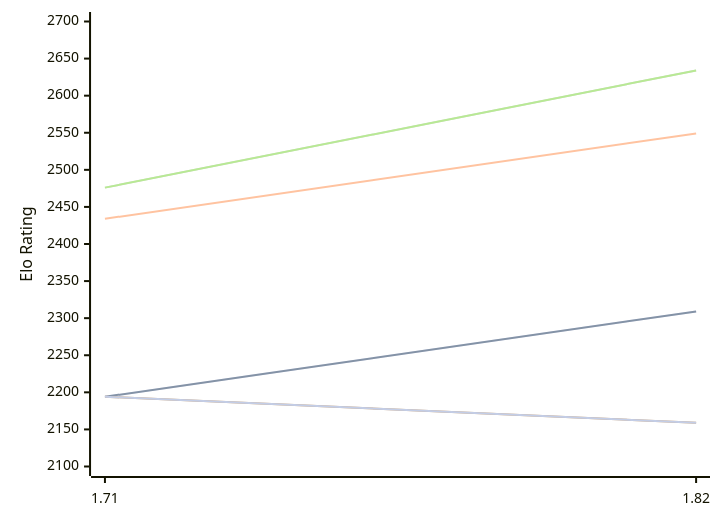
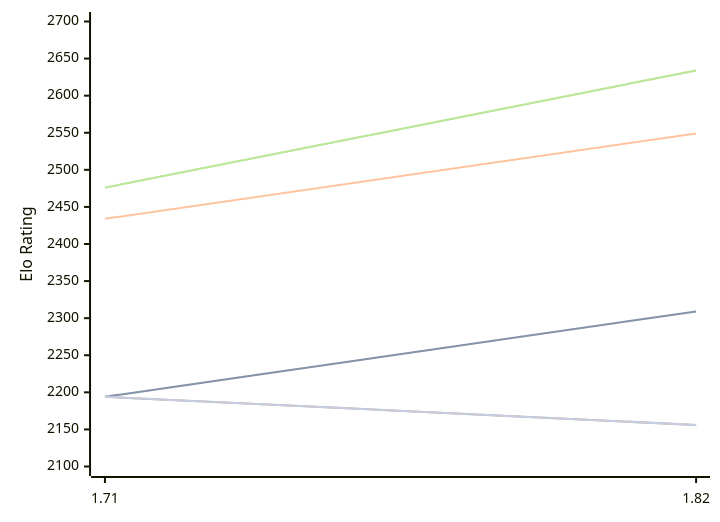
Before and after one commit to computer-chess-index/cci: the diagram in engines/Amira.md, drawn with Mermaid. The commit also changed other lines of this file, not shown here.

````diff
--- a/engines/Amira.md
+++ b/engines/Amira.md
@@ -48,13 +48,13 @@
 ```mermaid
 %%{init: {"theme":"base","themeVariables":{"seriesColors:['#a3a3a3','#222221','#faa371']}}}%%
 xychart-beta
   x-axis ["1.71", "1.82"]
   y-axis "Elo Rating" 2100 --> 2700
   line "" [2194, 2309]
   line "T1: STC (8.0+0.08s)" [2194, 2309]
   line "T1: LTC (60.0+0.60s)" [2434, 2549]
   line "" [2476, 2634]
   line "T1: VLTC (2m24s+1.12s)" [2476, 2634]
-  line "" [2194,2159]
-  line "E1: STC (8.0+0.08s)" [2194,2159]
+  line "" [2194,2156]
+  line "E1: STC (8.0+0.08s)" [2194,2156]
 ```
````
